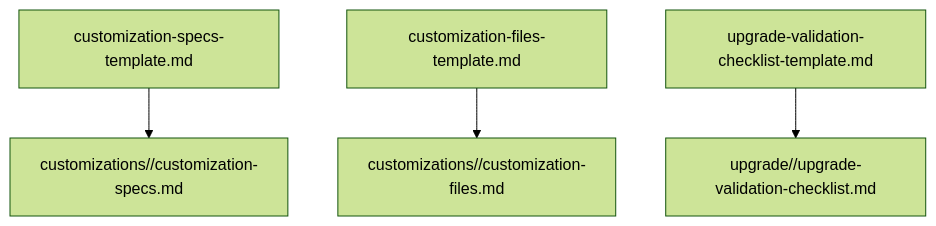
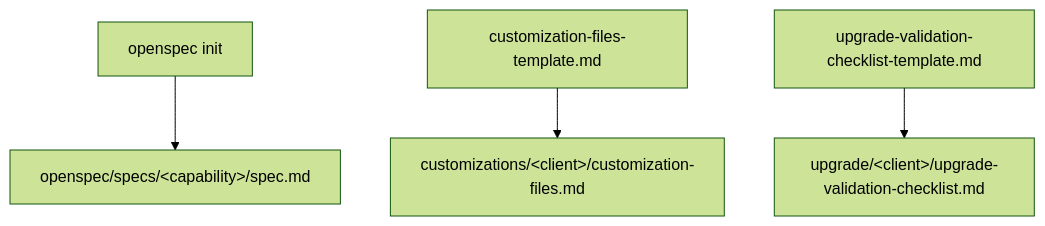
One commit to EyeSeeTea/dhis2-android-capture-app changed the second of 6 diagrams in eyeseetea-docs/README.md. Above: the diagram before and after it, drawn with Mermaid (forest theme). The commit also changed other lines of this file and 10 other files, not shown here.

````diff
--- a/eyeseetea-docs/README.md
+++ b/eyeseetea-docs/README.md
@@ -57,6 +59,6 @@
 ```mermaid
 flowchart TD
-    templateSpecs[customization-specs-template.md] --> clientSpecs[customizations/<client>/customization-specs.md]
-    templateFiles[customization-files-template.md] --> clientFiles[customizations/<client>/customization-files.md]
-    templateChecklist[upgrade-validation-checklist-template.md] --> clientChecklist[upgrade/<client>/upgrade-validation-checklist.md]
+    openspec[openspec init] --> clientSpecs[openspec/specs/&lt;capability&gt;/spec.md]
+    templateFiles[customization-files-template.md] --> clientFiles[customizations/&lt;client&gt;/customization-files.md]
+    templateChecklist[upgrade-validation-checklist-template.md] --> clientChecklist[upgrade/&lt;client&gt;/upgrade-validation-checklist.md]
 ```
````
